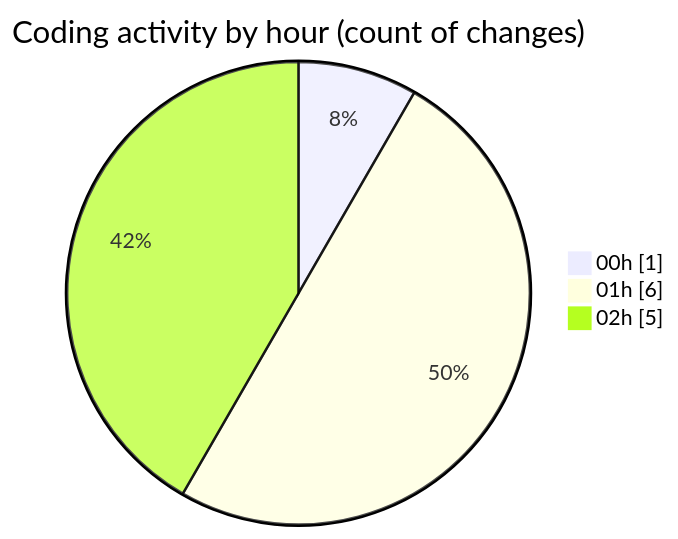
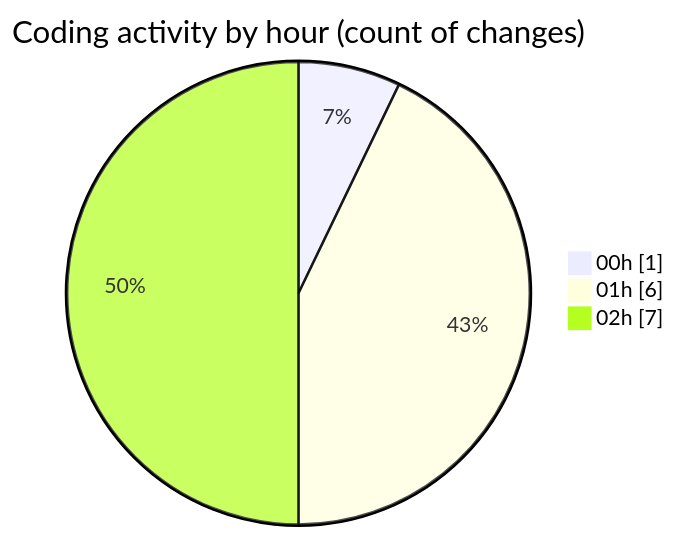
The second of 2 diagrams in 2025-11-22/eventscop-frontend-guide__workspace_/README.md (julien-gomy/code-tracking), drawn with Mermaid before and after one commit. The commit also changed other lines of this file and 1 other file, not shown here.

````diff
--- a/2025-11-22/eventscop-frontend-guide__workspace_/README.md
+++ b/2025-11-22/eventscop-frontend-guide__workspace_/README.md
@@ -33,7 +34,7 @@
 ```mermaid
 pie showData
 title Coding activity by hour (count of changes)
 "00h" : 1
 "01h" : 6
-"02h" : 5
+"02h" : 7
 ```
````
